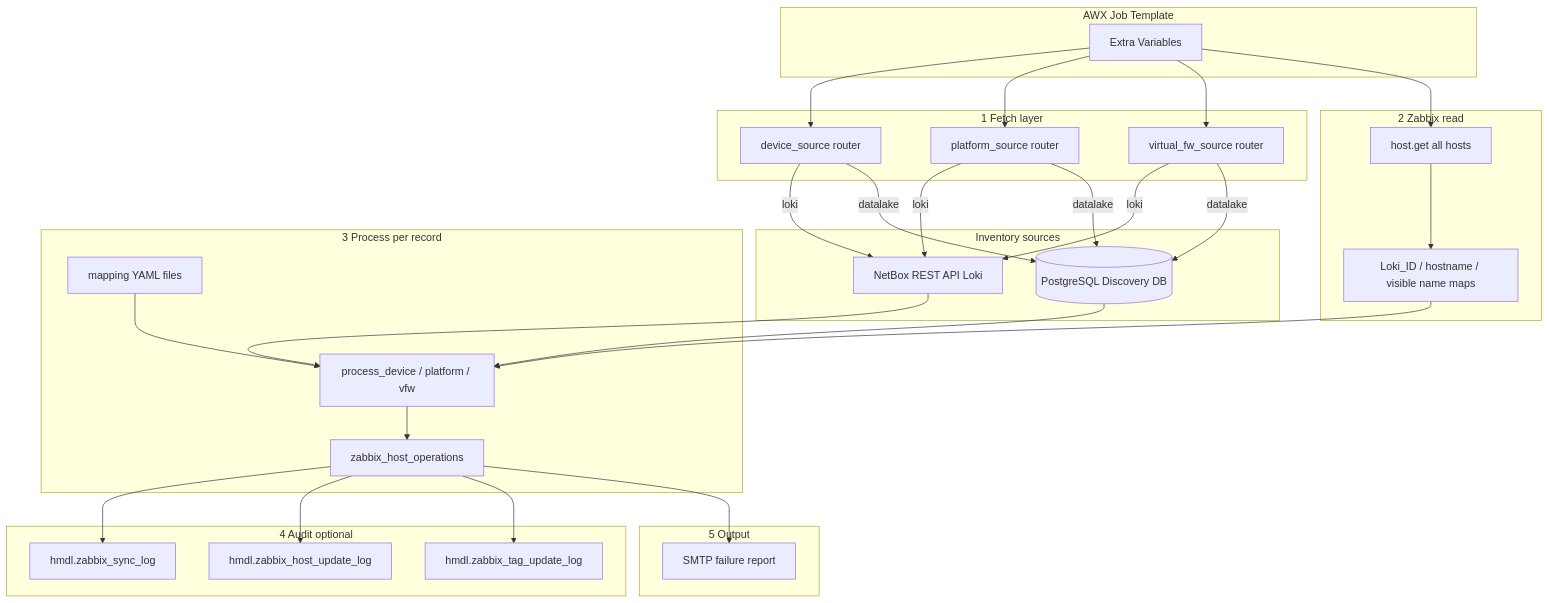
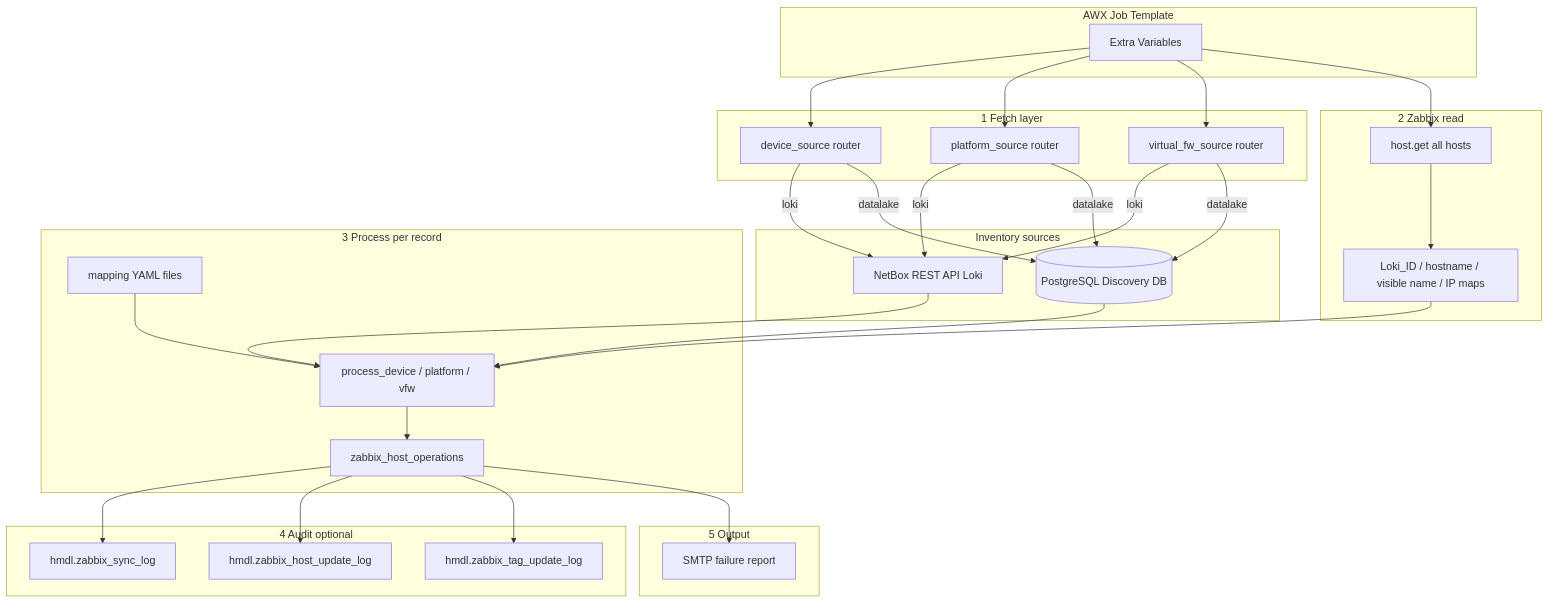
One commit to Duosis-Developer-Team/project-zabake changed the first of 5 diagrams in zabbix-netbox/docs/design/SYNC_DATA_FLOW.md. Above: the diagram before and after it, drawn with Mermaid. The commit also changed other lines of this file and 13 other files, not shown here.

````diff
--- a/zabbix-netbox/docs/design/SYNC_DATA_FLOW.md
+++ b/zabbix-netbox/docs/design/SYNC_DATA_FLOW.md
@@ -7,53 +7,53 @@
 ```mermaid
 flowchart TB
     subgraph awx [AWX Job Template]
         EV[Extra Variables]
     end
 
     subgraph fetch [1 Fetch layer]
         RD[device_source router]
         RP[platform_source router]
         RV[virtual_fw_source router]
     end
 
     subgraph sources [Inventory sources]
         Loki[NetBox REST API Loki]
         DB[(PostgreSQL Discovery DB)]
     end
 
     subgraph zabbix_read [2 Zabbix read]
         ZH[host.get all hosts]
-        Maps[Loki_ID / hostname / visible name maps]
+        Maps[Loki_ID / hostname / visible name / IP maps]
     end
 
     subgraph process [3 Process per record]
         MapYAML[mapping YAML files]
         Proc[process_device / platform / vfw]
         ZOps[zabbix_host_operations]
     end
 
     subgraph audit [4 Audit optional]
         SyncLog[hmdl.zabbix_sync_log]
         HostLog[hmdl.zabbix_host_update_log]
         TagLog[hmdl.zabbix_tag_update_log]
     end
 
     subgraph out [5 Output]
         Email[SMTP failure report]
     end
 
     EV --> RD & RP & RV
     RD -->|loki| Loki
     RD -->|datalake| DB
     RP -->|loki| Loki
     RP -->|datalake| DB
     RV -->|loki| Loki
     RV -->|datalake| DB
     Loki --> Proc
     DB --> Proc
     EV --> ZH --> Maps --> Proc
     MapYAML --> Proc
     Proc --> ZOps
     ZOps --> SyncLog & HostLog & TagLog
     ZOps --> Email
 ```
````
